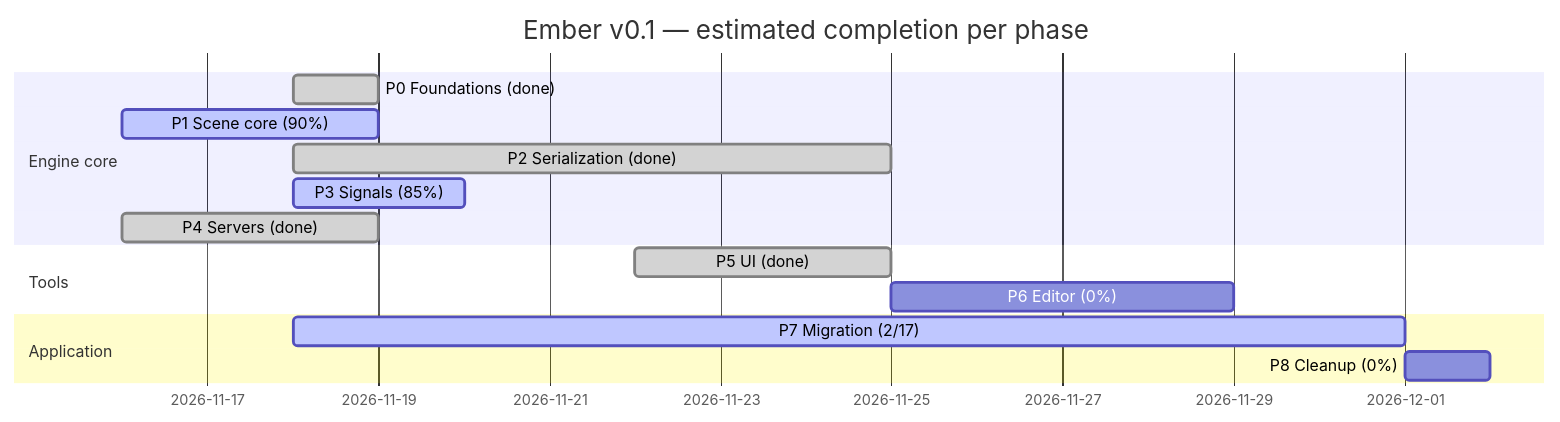
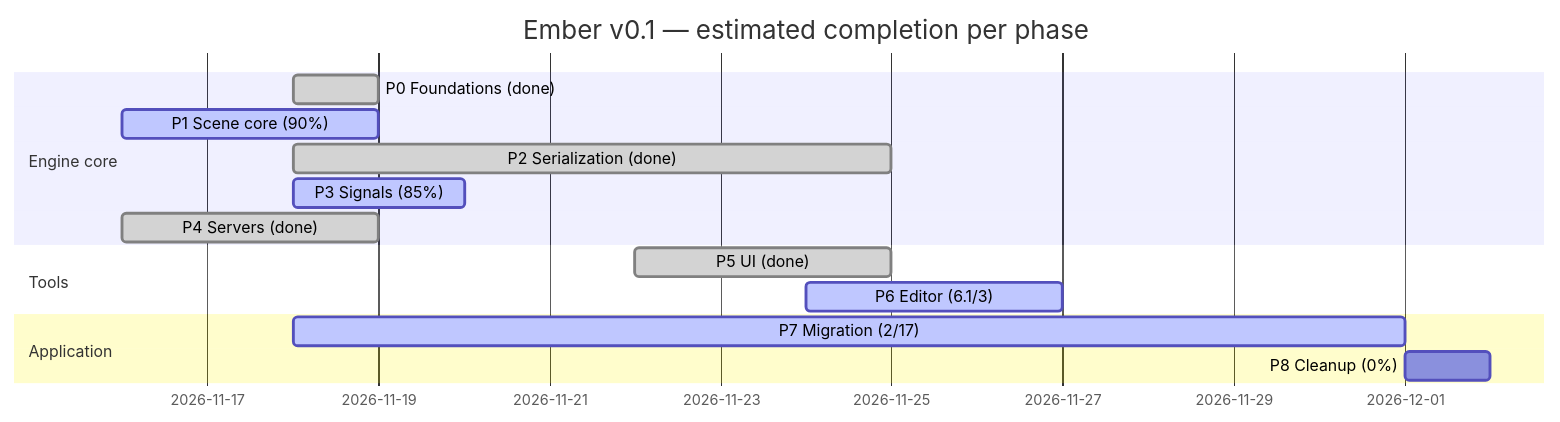
The diagram in ember-vault/60 Progress/Roadmap Tracker.md (titouanthd/ember), drawn with Mermaid before and after one commit. The commit also changed other lines of this file, not shown here.

First line of the commit message:
doc(vault-roadmap): Record Phase 6 session 6.1

````diff
--- a/ember-vault/60 Progress/Roadmap Tracker.md
+++ b/ember-vault/60 Progress/Roadmap Tracker.md
@@ -11,17 +11,17 @@
 ```mermaid
 gantt
   dateFormat YYYY-MM-DD
   title Ember v0.1 — estimated completion per phase
   section Engine core
   P0 Foundations (done)  :done, p0, 2026-11-18, 1d
   P1 Scene core (90%)    :active, p1, 2026-11-16, 3d
   P2 Serialization (done):done, p2, 2026-11-18, 7d
   P3 Signals (85%)       :active, p3, 2026-11-18, 2d
   P4 Servers (done)      :done, p4, 2026-11-16, 3d
   section Tools
   P5 UI (done)           :done, p5, 2026-11-22, 3d
-  P6 Editor (0%)         :p6, after p5, 4d
+  P6 Editor (6.1/3)      :active, p6, 2026-11-24, 3d
   section Application
   P7 Migration (2/17)    :active, p7, 2026-11-18, 13d
   P8 Cleanup (0%)        :p8, after p7, 1d
 ```
````
